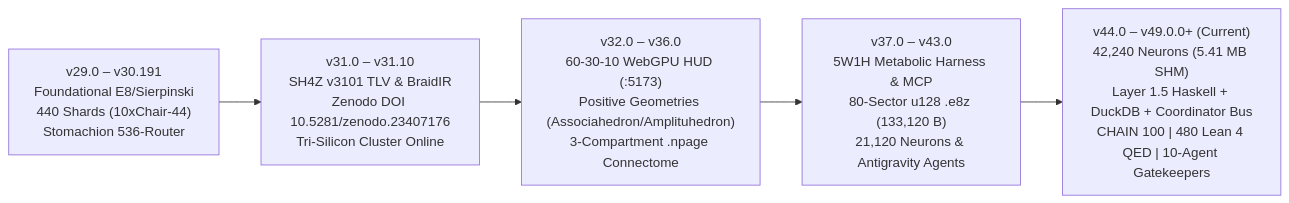
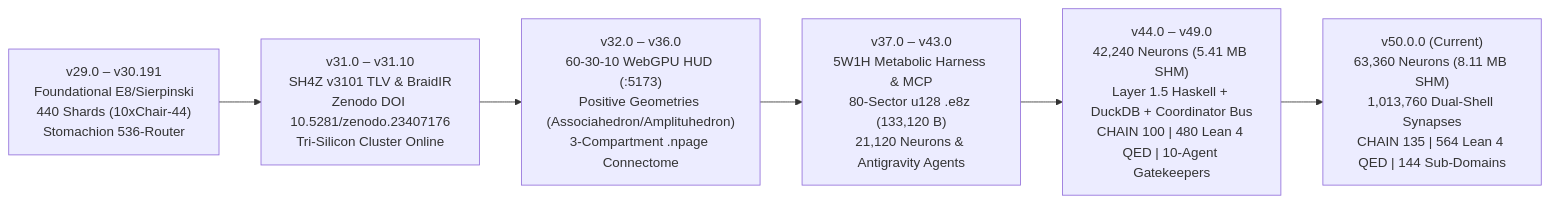
Before and after one commit to bospaladin34-crypto/Sovereign-Manifold-V30-A.P.H.U.S-: the diagram in ROSETTA_STONE_AND_FORMAL_ARCHITECTURE_EVOLUTION.md, drawn with Mermaid. The commit also changed other lines of this file and 115 other files, not shown here.

````diff
--- a/ROSETTA_STONE_AND_FORMAL_ARCHITECTURE_EVOLUTION.md
+++ b/ROSETTA_STONE_AND_FORMAL_ARCHITECTURE_EVOLUTION.md
@@ -92,7 +92,8 @@
 ```mermaid
 flowchart LR
     V29["v29.0 – v30.191\nFoundational E8/Sierpinski\n440 Shards (10xChair-44)\nStomachion 536-Router"] --> V31["v31.0 – v31.10\nSH4Z v3101 TLV & BraidIR\nZenodo DOI 10.5281/zenodo.23407176\nTri-Silicon Cluster Online"]
     V31 --> V32_36["v32.0 – v36.0\n60-30-10 WebGPU HUD (:5173)\nPositive Geometries (Associahedron/Amplituhedron)\n3-Compartment .npage Connectome"]
     V32_36 --> V37_43["v37.0 – v43.0\n5W1H Metabolic Harness & MCP\n80-Sector u128 .e8z (133,120 B)\n21,120 Neurons & Antigravity Agents"]
-    V37_43 --> V44_49["v44.0 – v49.0.0+ (Current)\n42,240 Neurons (5.41 MB SHM)\nLayer 1.5 Haskell + DuckDB + Coordinator Bus\nCHAIN 100 | 480 Lean 4 QED | 10-Agent Gatekeepers"]
+    V37_43 --> V44_49["v44.0 – v49.0\n42,240 Neurons (5.41 MB SHM)\nLayer 1.5 Haskell + DuckDB + Coordinator Bus\nCHAIN 100 | 480 Lean 4 QED | 10-Agent Gatekeepers"]
+    V44_49 --> V50["v50.0.0 (Current)\n63,360 Neurons (8.11 MB SHM)\n1,013,760 Dual-Shell Synapses\nCHAIN 135 | 564 Lean 4 QED | 144 Sub-Domains"]
 ```
````
